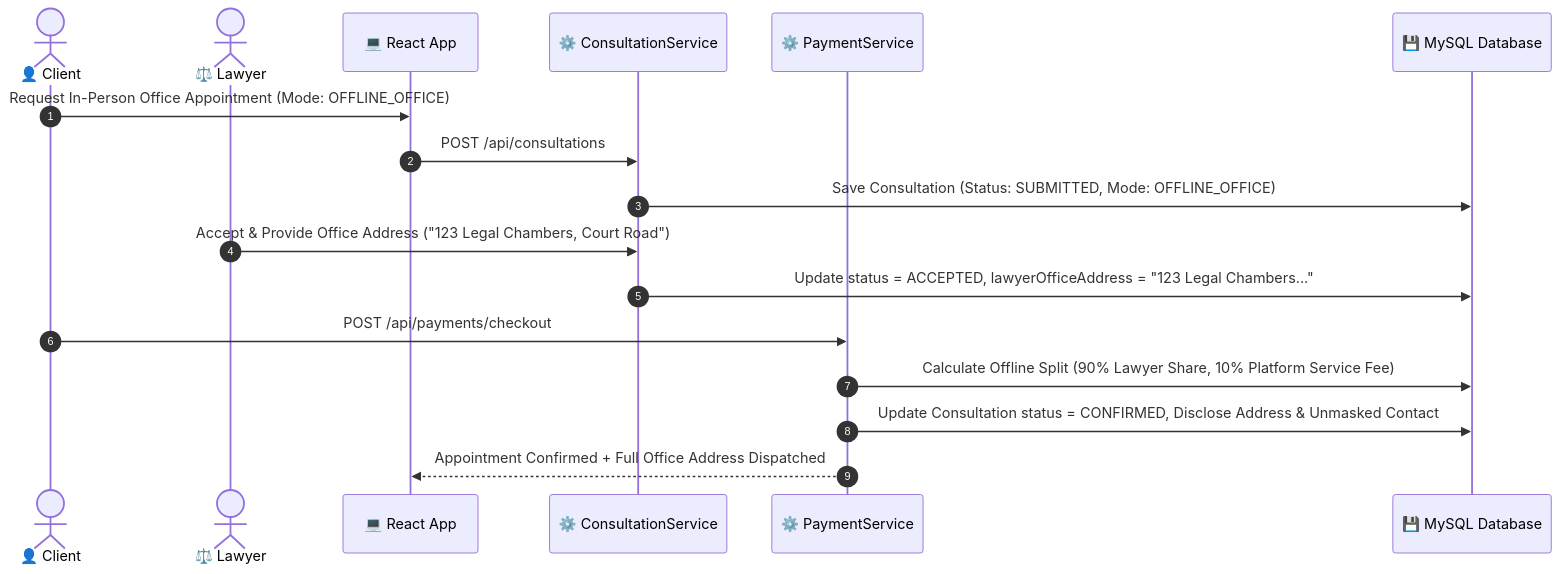
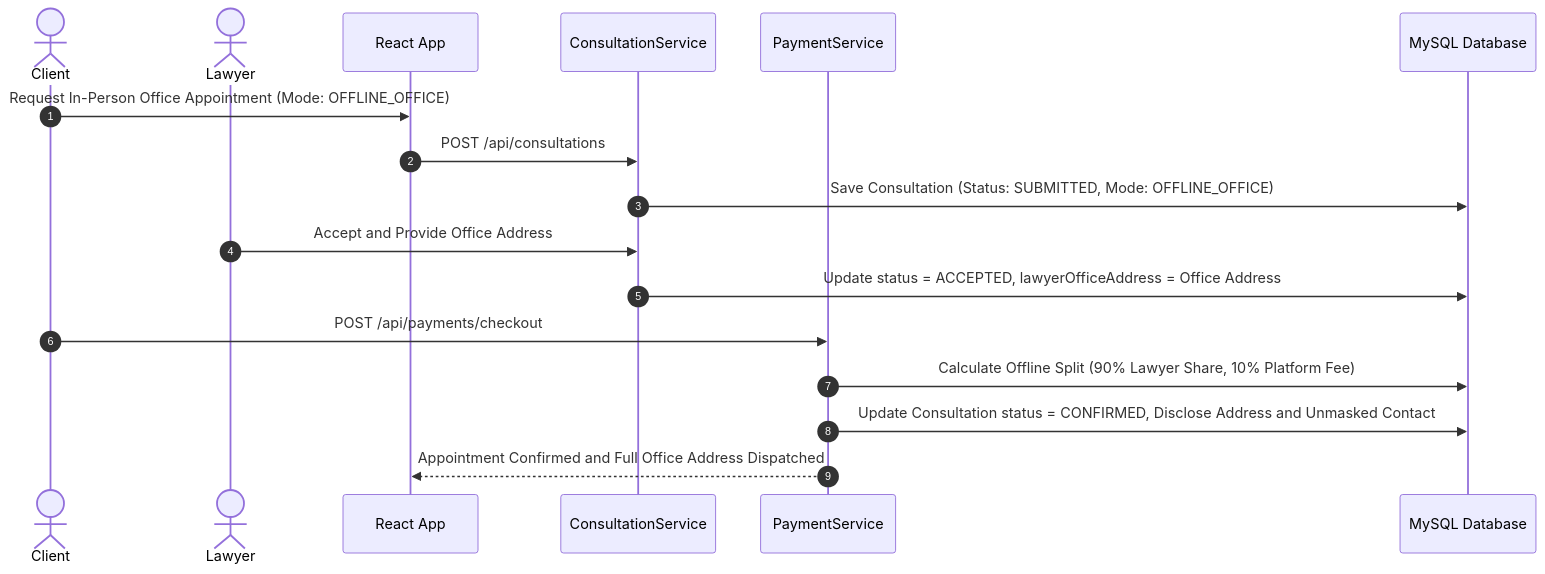
One commit to Shashanklko/Lawino-Meet changed the fourth of 6 diagrams in docs/WORKFLOWS.md. Above: the diagram before and after it, drawn with Mermaid. The commit also changed other lines of this file and 1 other file, not shown here.

Commit message:
fix: Update Mermaid syntax in ARCHITECTURE.md and WORKFLOWS.md for clean GitHub diagram rendering

````diff
--- a/docs/WORKFLOWS.md
+++ b/docs/WORKFLOWS.md
@@ -120,22 +120,22 @@
 ```mermaid
 sequenceDiagram
     autonumber
-    actor Client as 👤 Client
-    actor Lawyer as ⚖️ Lawyer
-    participant React as 💻 React App
-    participant ConsultSvc as ⚙️ ConsultationService
-    participant PaySvc as ⚙️ PaymentService
-    participant DB as 💾 MySQL Database
+    actor Client as Client
+    actor Lawyer as Lawyer
+    participant React as React App
+    participant ConsultSvc as ConsultationService
+    participant PaySvc as PaymentService
+    participant DB as MySQL Database
 
     Client->>React: Request In-Person Office Appointment (Mode: OFFLINE_OFFICE)
     React->>ConsultSvc: POST /api/consultations
     ConsultSvc->>DB: Save Consultation (Status: SUBMITTED, Mode: OFFLINE_OFFICE)
     
-    Lawyer->>ConsultSvc: Accept & Provide Office Address ("123 Legal Chambers, Court Road")
-    ConsultSvc->>DB: Update status = ACCEPTED, lawyerOfficeAddress = "123 Legal Chambers..."
+    Lawyer->>ConsultSvc: Accept and Provide Office Address
+    ConsultSvc->>DB: Update status = ACCEPTED, lawyerOfficeAddress = Office Address
     
     Client->>PaySvc: POST /api/payments/checkout
-    PaySvc->>DB: Calculate Offline Split (90% Lawyer Share, 10% Platform Service Fee)
-    PaySvc->>DB: Update Consultation status = CONFIRMED, Disclose Address & Unmasked Contact
-    PaySvc-->>React: Appointment Confirmed + Full Office Address Dispatched
+    PaySvc->>DB: Calculate Offline Split (90% Lawyer Share, 10% Platform Fee)
+    PaySvc->>DB: Update Consultation status = CONFIRMED, Disclose Address and Unmasked Contact
+    PaySvc-->>React: Appointment Confirmed and Full Office Address Dispatched
 ```
````
